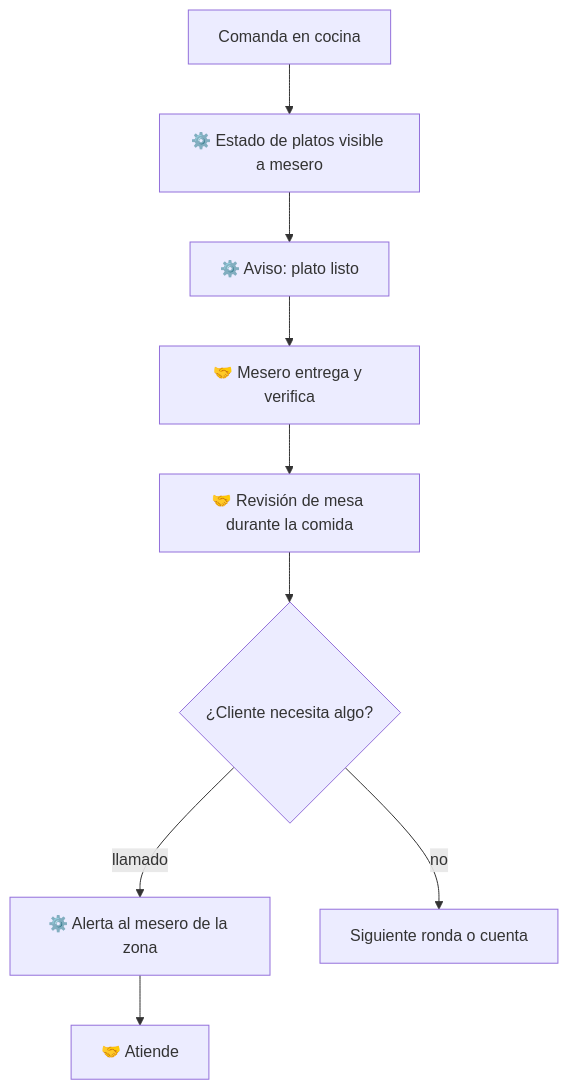
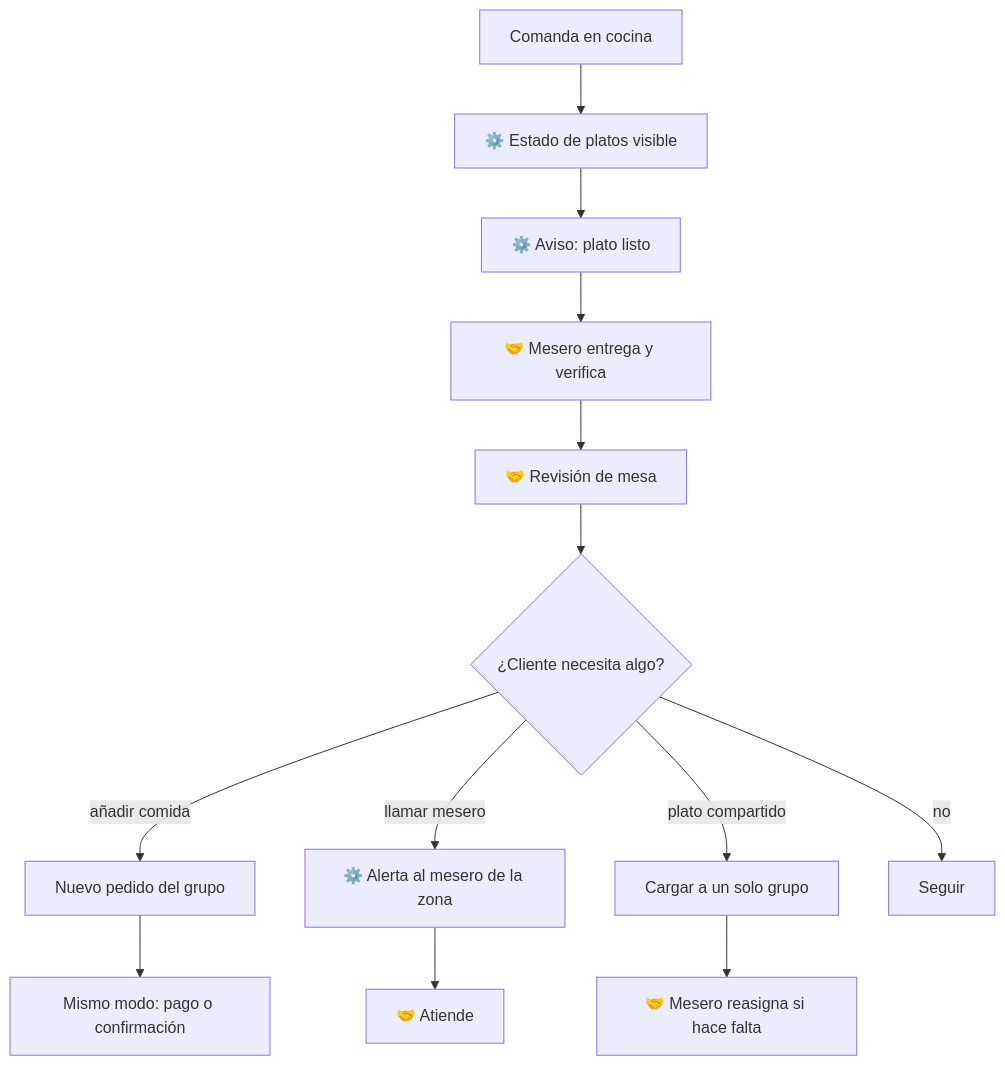
The diagram in docs/flujos/03-servicio.md (milkmantree/hungria), drawn with Mermaid before and after one commit. The commit also changed other lines of this file and 21 other files, not shown here.

````diff
--- a/docs/flujos/03-servicio.md
+++ b/docs/flujos/03-servicio.md
@@ -10,11 +10,15 @@
 ```mermaid
 flowchart TD
-    A[Comanda en cocina] --> B[⚙️ Estado de platos visible a mesero]
+    A[Comanda en cocina] --> B[⚙️ Estado de platos visible]
     B --> C[⚙️ Aviso: plato listo]
     C --> D[🤝 Mesero entrega y verifica]
-    D --> E[🤝 Revisión de mesa durante la comida]
+    D --> E[🤝 Revisión de mesa]
     E --> F{¿Cliente necesita algo?}
-    F -- llamado --> G[⚙️ Alerta al mesero de la zona]
-    G --> H[🤝 Atiende]
-    F -- no --> I[Siguiente ronda o cuenta]
+    F -- añadir comida --> G[Nuevo pedido del grupo]
+    G --> H[Mismo modo: pago o confirmación]
+    F -- llamar mesero --> I[⚙️ Alerta al mesero de la zona]
+    I --> J[🤝 Atiende]
+    F -- plato compartido --> K[Cargar a un solo grupo]
+    K --> L[🤝 Mesero reasigna si hace falta]
+    F -- no --> M[Seguir]
 ```
````
